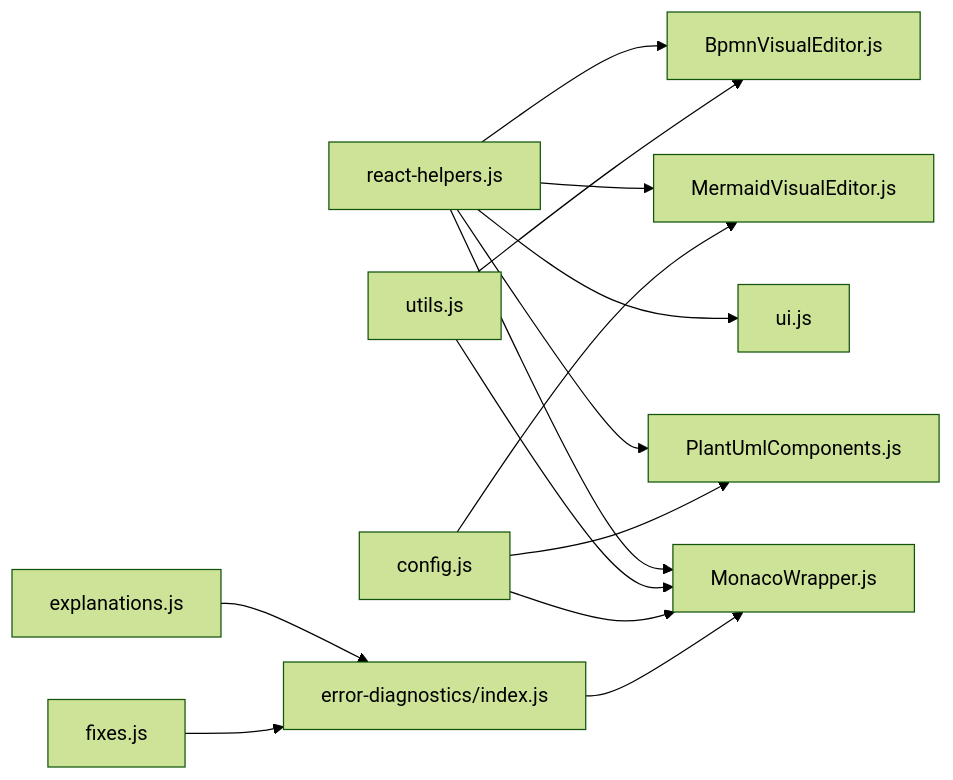
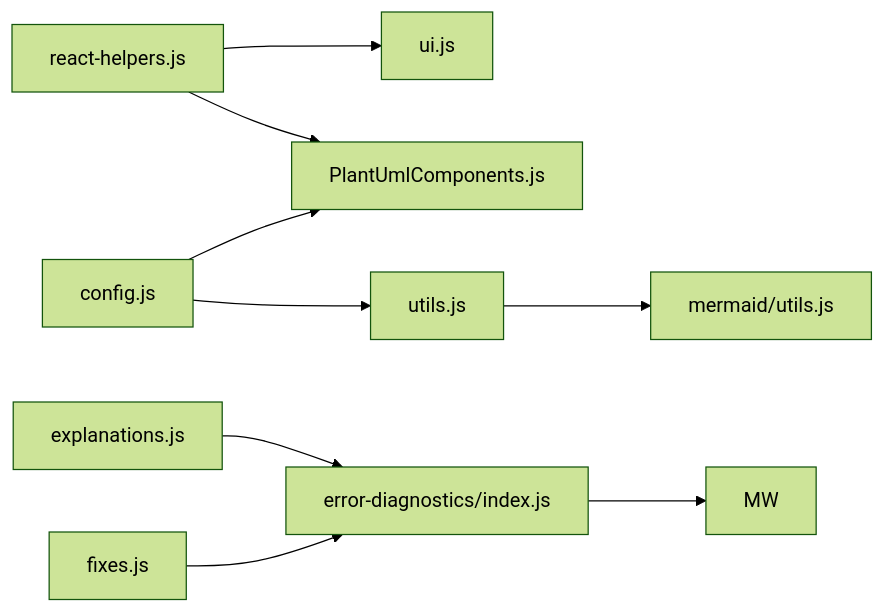
The ninth of 9 diagrams in .qoder/repowiki/en/content/Editor Architecture/Component Architecture.md (ongchonghian/universal-diagram-editor), drawn with Mermaid (forest theme) before and after one commit. The commit also changed other lines of this file and 31 other files, not shown here.

````diff
--- a/.qoder/repowiki/en/content/Editor Architecture/Component Architecture.md
+++ b/.qoder/repowiki/en/content/Editor Architecture/Component Architecture.md
@@ -389,16 +355,11 @@
 ```mermaid
 graph LR
 RH["react-helpers.js"] --> UI["ui.js"]
-RH --> MW["MonacoWrapper.js"]
 RH --> PU["PlantUmlComponents.js"]
-RH --> BPMN["BpmnVisualEditor.js"]
-RH --> MMain["MermaidVisualEditor.js"]
-U["utils.js"] --> MW
-U --> BPMN
-CFG["config.js"] --> MW
-CFG --> PU
-CFG --> MMain
+U["utils.js"] --> MSync["mermaid/utils.js"]
+CFG["config.js"] --> PU
+CFG --> U
 ED["error-diagnostics/index.js"] --> MW
 EX["explanations.js"] --> ED
 FX["fixes.js"] --> ED
 ```
````
